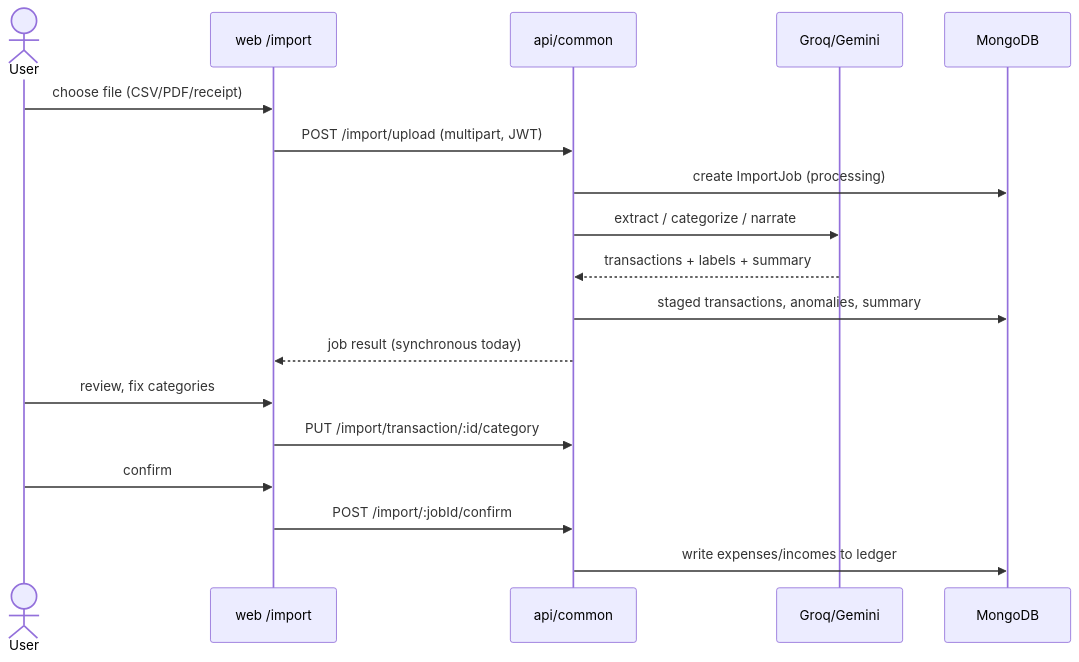
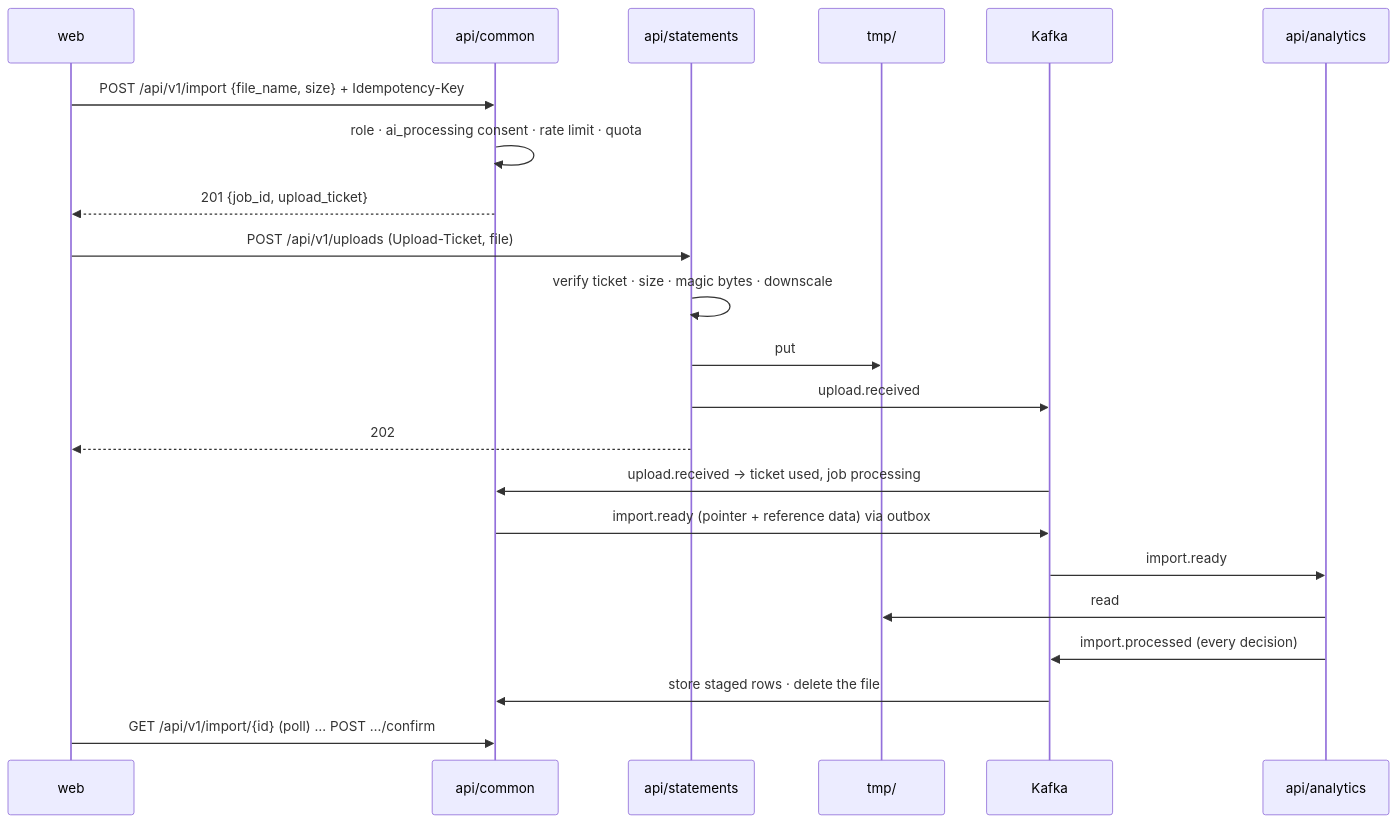
The second of 4 diagrams in docs/architecture.md (cuesoftinc/expendit), drawn with Mermaid before and after one commit. The commit also changed other lines of this file and 289 other files, not shown here.

````diff
--- a/docs/architecture.md
+++ b/docs/architecture.md
@@ -146,21 +81,25 @@
 ```mermaid
 sequenceDiagram
-    actor U as User
-    participant W as web /import
-    participant A as api/common
-    participant AI as Groq/Gemini
-    participant M as MongoDB
+    participant W as web
+    participant C as api/common
+    participant G as api/statements
+    participant S as tmp/
+    participant K as Kafka
+    participant P as api/analytics
 
-    U->>W: choose file (CSV/PDF/receipt)
-    W->>A: POST /import/upload (multipart, JWT)
-    A->>M: create ImportJob (processing)
-    A->>AI: extract / categorize / narrate
-    AI-->>A: transactions + labels + summary
-    A->>M: staged transactions, anomalies, summary
-    A-->>W: job result (synchronous today)
-    U->>W: review, fix categories
-    W->>A: PUT /import/transaction/:id/category
-    U->>W: confirm
-    W->>A: POST /import/:jobId/confirm
-    A->>M: write expenses/incomes to ledger
+    W->>C: POST /api/v1/import {file_name, size} + Idempotency-Key
+    C->>C: role · ai_processing consent · rate limit · quota
+    C-->>W: 201 {job_id, upload_ticket}
+    W->>G: POST /api/v1/uploads (Upload-Ticket, file)
+    G->>G: verify ticket · size · magic bytes · downscale
+    G->>S: put
+    G->>K: upload.received
+    G-->>W: 202
+    K->>C: upload.received → ticket used, job processing
+    C->>K: import.ready (pointer + reference data) via outbox
+    K->>P: import.ready
+    P->>S: read
+    P->>K: import.processed (every decision)
+    K->>C: store staged rows · delete the file
+    W->>C: GET /api/v1/import/{id} (poll) … POST …/confirm
 ```
````
